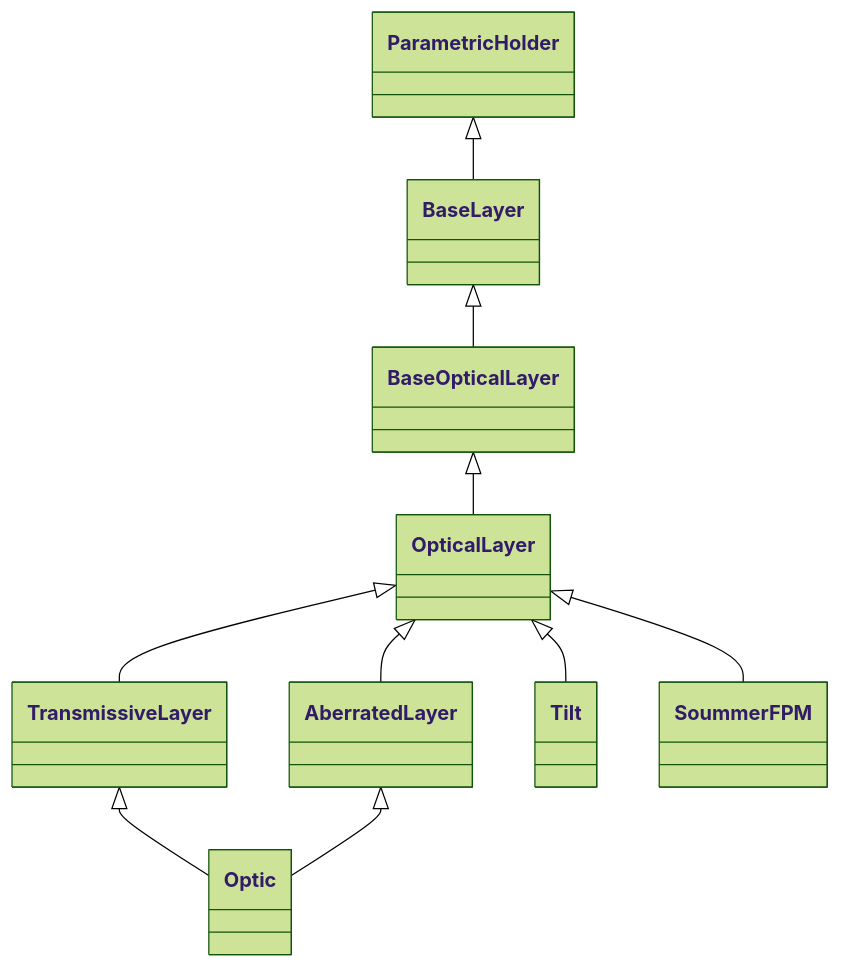
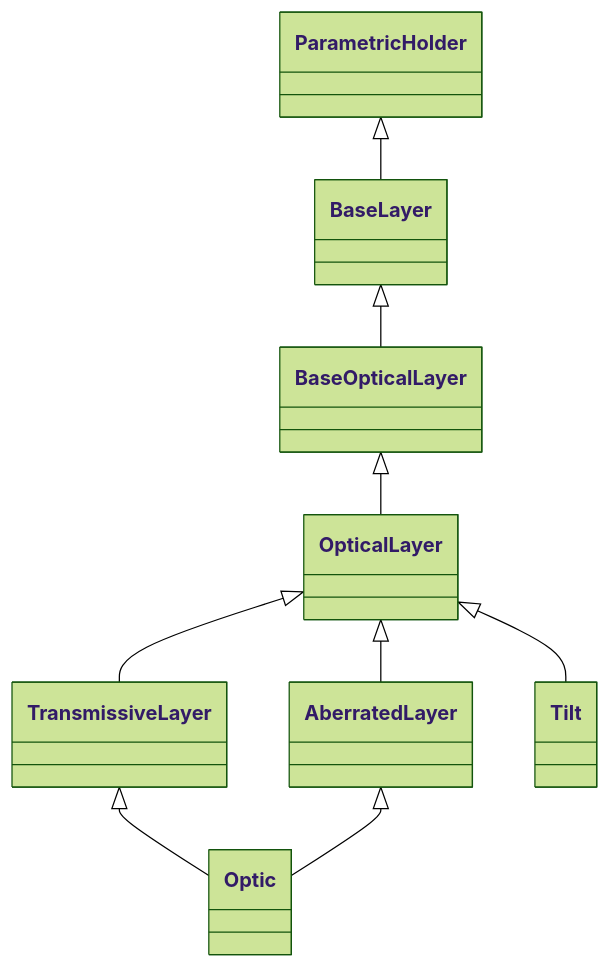
One commit to LouisDesdoigts/dLux changed the diagram in docs/API/layers/optical.md. Above: the diagram before and after it, drawn with Mermaid (forest theme). The commit also changed other lines of this file and 103 other files, not shown here.

````diff
--- a/docs/API/layers/optical.md
+++ b/docs/API/layers/optical.md
@@ -5,29 +5,26 @@
 ```mermaid
 classDiagram
     class dLux_layers_optical_BaseLayer["BaseLayer"]
     class dLux_layers_optical_BaseOpticalLayer["BaseOpticalLayer"]
     class dLux_layers_optical_OpticalLayer["OpticalLayer"]
     class dLux_layers_optical_TransmissiveLayer["TransmissiveLayer"]
     class dLux_layers_optical_AberratedLayer["AberratedLayer"]
     class dLux_layers_optical_Optic["Optic"]
     class dLux_layers_optical_Tilt["Tilt"]
-    class dLux_layers_optical_SoummerFPM["SoummerFPM"]
     class dLux_parametric_parametrics_ParametricHolder["ParametricHolder"]
     dLux_parametric_parametrics_ParametricHolder <|-- dLux_layers_optical_BaseLayer
-    click dLux_layers_optical_BaseLayer href "#dLux.layers.optical.BaseLayer" "Methods: apply()"
+    click dLux_layers_optical_BaseLayer href "#dLux.layers.optical.BaseLayer" "No direct public attributes or methods"
     dLux_layers_optical_BaseLayer <|-- dLux_layers_optical_BaseOpticalLayer
-    click dLux_layers_optical_BaseOpticalLayer href "#dLux.layers.optical.BaseOpticalLayer" "Methods: apply()"
+    click dLux_layers_optical_BaseOpticalLayer href "#dLux.layers.optical.BaseOpticalLayer" "Methods: apply_mono(), apply()"
     dLux_layers_optical_BaseOpticalLayer <|-- dLux_layers_optical_OpticalLayer
     click dLux_layers_optical_OpticalLayer href "#dLux.layers.optical.OpticalLayer" "Methods: context()"
     dLux_layers_optical_OpticalLayer <|-- dLux_layers_optical_TransmissiveLayer
-    click dLux_layers_optical_TransmissiveLayer href "#dLux.layers.optical.TransmissiveLayer" "Attributes: transmission, normalise"
+    click dLux_layers_optical_TransmissiveLayer href "#dLux.layers.optical.TransmissiveLayer" "Attributes: transmission, normalise · Methods: apply_mono()"
     dLux_layers_optical_OpticalLayer <|-- dLux_layers_optical_AberratedLayer
-    click dLux_layers_optical_AberratedLayer href "#dLux.layers.optical.AberratedLayer" "Attributes: opd, phase"
+    click dLux_layers_optical_AberratedLayer href "#dLux.layers.optical.AberratedLayer" "Attributes: opd, phase · Methods: apply_mono()"
     dLux_layers_optical_TransmissiveLayer <|-- dLux_layers_optical_Optic
     dLux_layers_optical_AberratedLayer <|-- dLux_layers_optical_Optic
-    click dLux_layers_optical_Optic href "#dLux.layers.optical.Optic" "Attributes: transmission, opd, phase, normalise · Methods: phasor()"
+    click dLux_layers_optical_Optic href "#dLux.layers.optical.Optic" "Attributes: transmission, opd, phase, normalise · Methods: phasor(), apply_mono()"
     dLux_layers_optical_OpticalLayer <|-- dLux_layers_optical_Tilt
-    click dLux_layers_optical_Tilt href "#dLux.layers.optical.Tilt" "Attributes: angles, unit"
-    dLux_layers_optical_OpticalLayer <|-- dLux_layers_optical_SoummerFPM
-    click dLux_layers_optical_SoummerFPM href "#dLux.layers.optical.SoummerFPM" "Attributes: optic, propagator · Methods: context()"
+    click dLux_layers_optical_Tilt href "#dLux.layers.optical.Tilt" "Attributes: angles, unit · Methods: apply_mono()"
 ```
````
